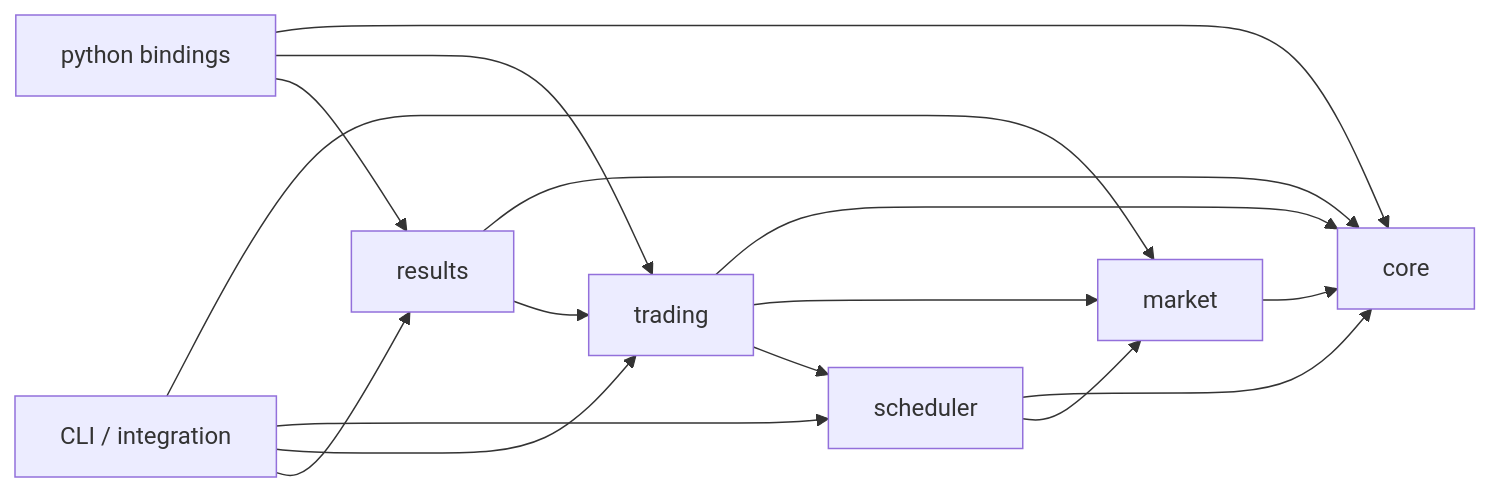
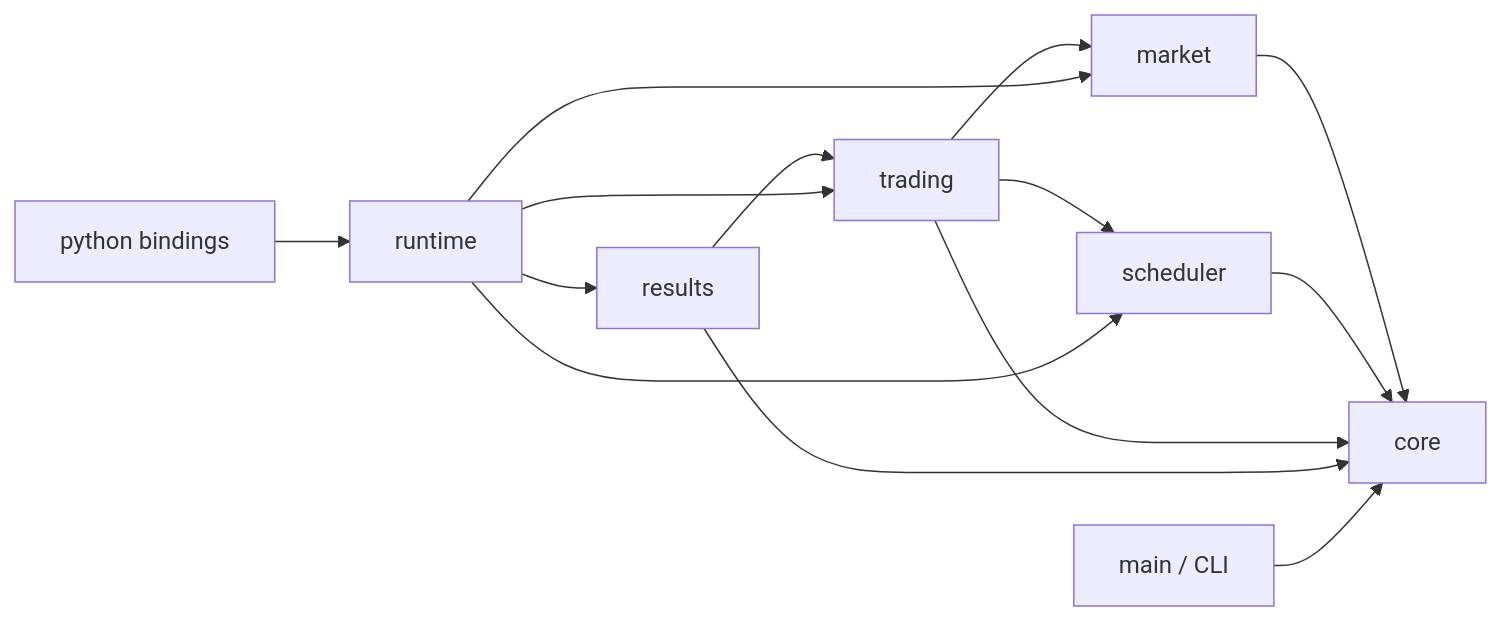
One commit to axxeny/back-tester-2026 changed the diagram in docs/hw4/architecture/03_components_and_boundaries.md. Above: the diagram before and after it, drawn with Mermaid. The commit also changed other lines of this file and 60 other files, not shown here.

````diff
--- a/docs/hw4/architecture/03_components_and_boundaries.md
+++ b/docs/hw4/architecture/03_components_and_boundaries.md
@@ -5,26 +5,25 @@
 ```mermaid
 flowchart LR
-    CORE[core]
-    MARKET[market]
-    SCHED[scheduler]
-    TRADING[trading]
-    RESULTS[results]
-    PY[python bindings]
-    APP[CLI / integration]
+    CORE["core"]
+    MARKET["market"]
+    SCHED["scheduler"]
+    TRADING["trading"]
+    RESULTS["results"]
+    RUNTIME["runtime"]
+    PY["python bindings"]
+    LEGACY["main / CLI"]
 
     MARKET --> CORE
     SCHED --> CORE
-    SCHED --> MARKET
     TRADING --> CORE
     TRADING --> MARKET
     TRADING --> SCHED
     RESULTS --> CORE
     RESULTS --> TRADING
-    PY --> CORE
-    PY --> TRADING
-    PY --> RESULTS
-    APP --> MARKET
-    APP --> SCHED
-    APP --> TRADING
-    APP --> RESULTS
+    RUNTIME --> MARKET
+    RUNTIME --> SCHED
+    RUNTIME --> TRADING
+    RUNTIME --> RESULTS
+    PY --> RUNTIME
+    LEGACY --> CORE
 ```
````
